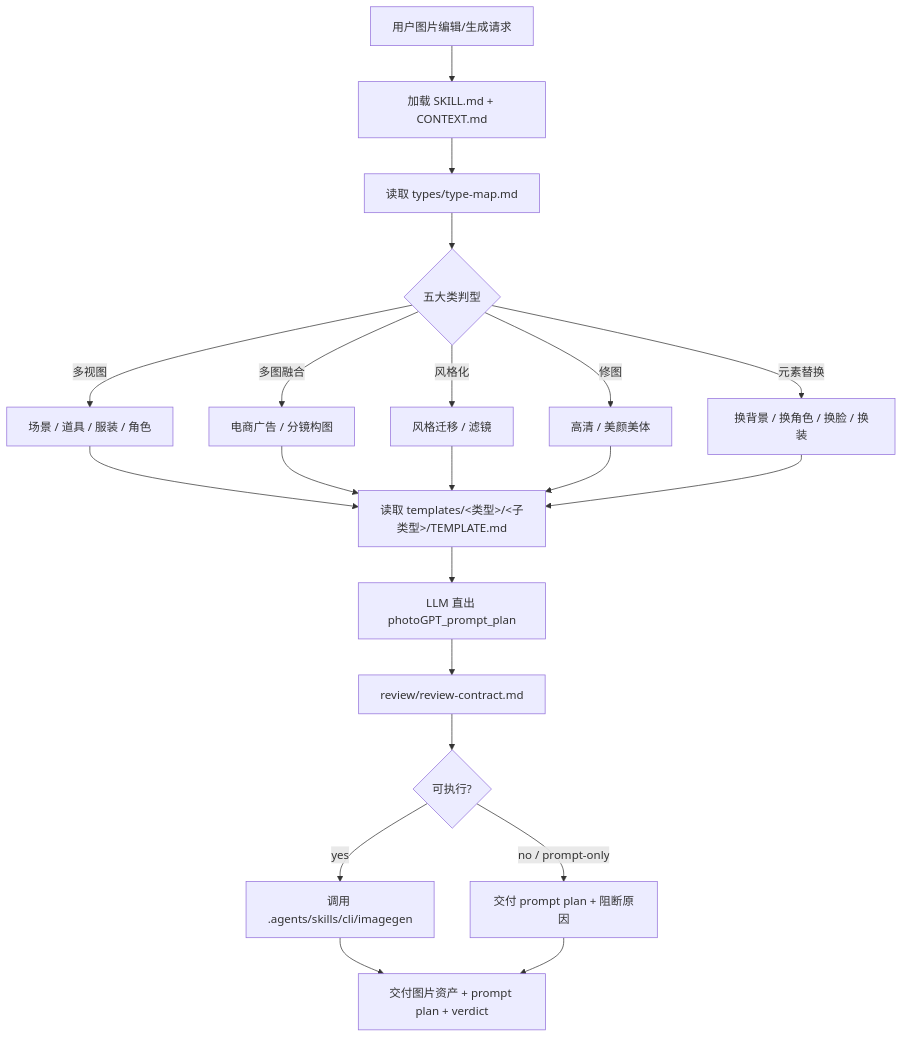
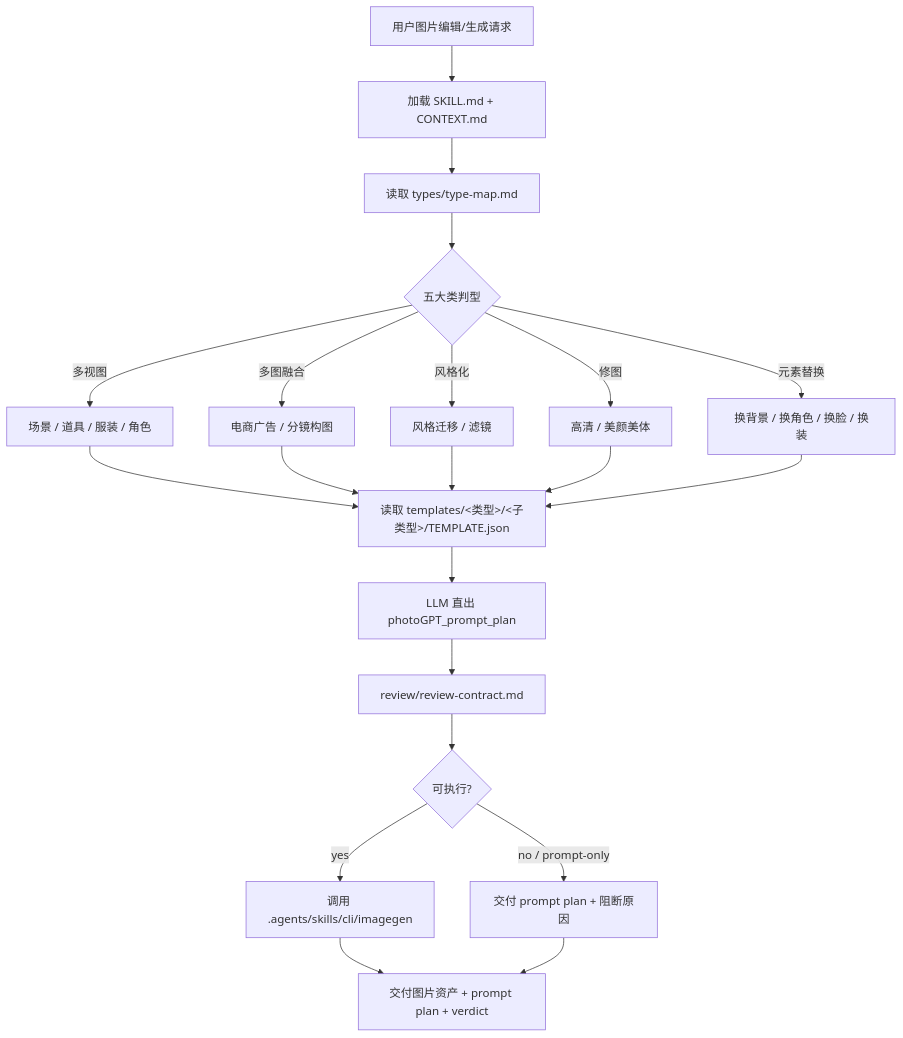
One commit to ZEN-VOID/AI-CUT changed the first of 3 diagrams in .agents/skills/photoGPT/SKILL.md. Above: the diagram before and after it, drawn with Mermaid. The commit also changed other lines of this file and 118 other files, not shown here.

````diff
--- a/.agents/skills/photoGPT/SKILL.md
+++ b/.agents/skills/photoGPT/SKILL.md
@@ -80,23 +80,23 @@
 ```mermaid
 flowchart TD
     A["用户图片编辑/生成请求"] --> B["加载 SKILL.md + CONTEXT.md"]
     B --> C["读取 types/type-map.md"]
     C --> D{"五大类判型"}
     D -->|"多视图"| E["场景 / 道具 / 服装 / 角色"]
     D -->|"多图融合"| F["电商广告 / 分镜构图"]
     D -->|"风格化"| G["风格迁移 / 滤镜"]
     D -->|"修图"| H["高清 / 美颜美体"]
     D -->|"元素替换"| I["换背景 / 换角色 / 换脸 / 换装"]
-    E --> J["读取 templates/<类型>/<子类型>/TEMPLATE.md"]
+    E --> J["读取 templates/<类型>/<子类型>/TEMPLATE.json"]
     F --> J
     G --> J
     H --> J
     I --> J
     J --> K["LLM 直出 photoGPT_prompt_plan"]
     K --> L["review/review-contract.md"]
     L --> M{可执行?}
     M -->|"yes"| N["调用 .agents/skills/cli/imagegen"]
     M -->|"no / prompt-only"| O["交付 prompt plan + 阻断原因"]
     N --> P["交付图片资产 + prompt plan + verdict"]
     O --> P
 ```
````
